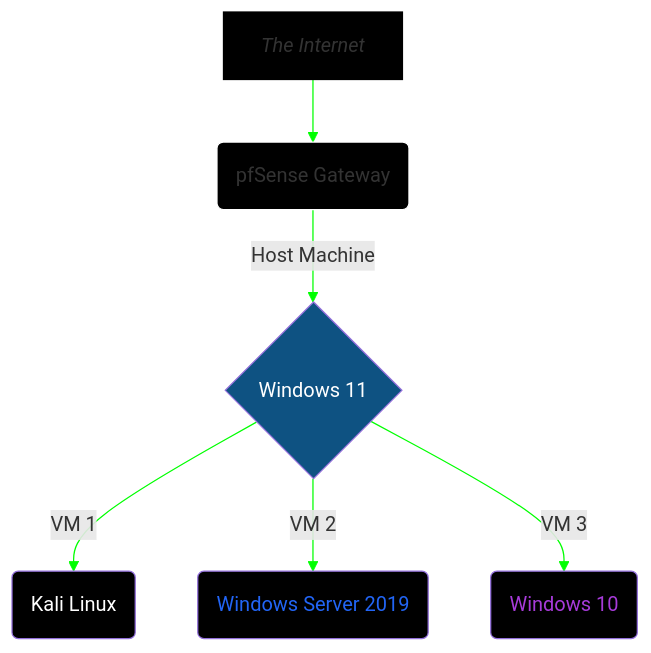
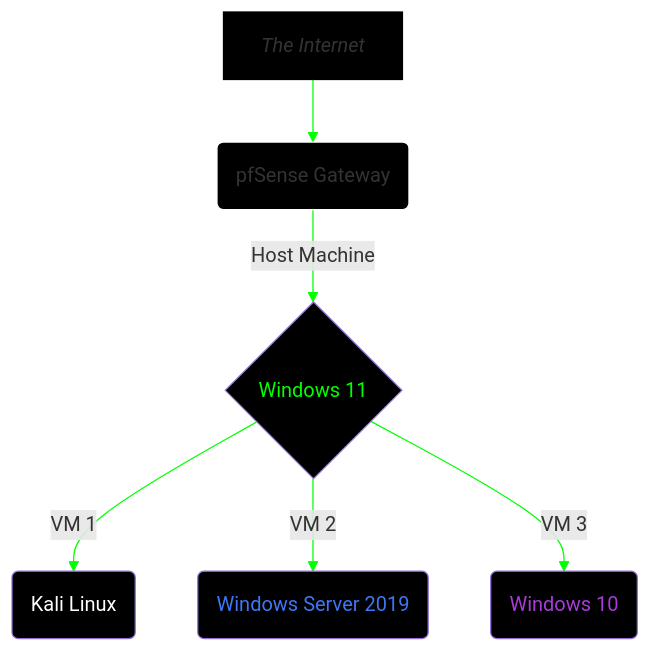
The diagram in _posts/2026-06-24-"Vulnerability Assessments Nessus".md (mm-422/mm-422.github.io), drawn with Mermaid before and after one commit. The commit also changed other lines of this file, not shown here.

````diff
--- a/_posts/2026-06-24-"Vulnerability Assessments Nessus".md
+++ b/_posts/2026-06-24-"Vulnerability Assessments Nessus".md
@@ -18,19 +18,19 @@
 ```mermaid
 flowchart TD
   A[The Internet] --> B(pfSense Gateway)
     style A fill:#000000, stroke:#000000, font-style: italic;
     style B fill:#000000, stroke:white;  
     linkStyle 0 stroke:lime;
   B -->|Host Machine| C{Windows 11}
-    style C fill:#0e5282, color:white;
+    style C fill:black, color:lime;
     linkStyle 1 stroke:lime;
   C --> |VM 1| D(Kali Linux)
     style D fill:black, color:#ffffff;
     linkStyle 2 stroke:lime;
   C --> |VM 2| E(Windows Server 2019)
-    style E fill:black, color:#2265f5;
+    style E fill:black, color:#3d77f5;
     linkStyle 3 stroke:lime;
   C --> |VM 3| F(Windows 10)
     style F fill:black, color:#a73bd9;
     linkStyle 4 stroke:lime;
 ```
````
